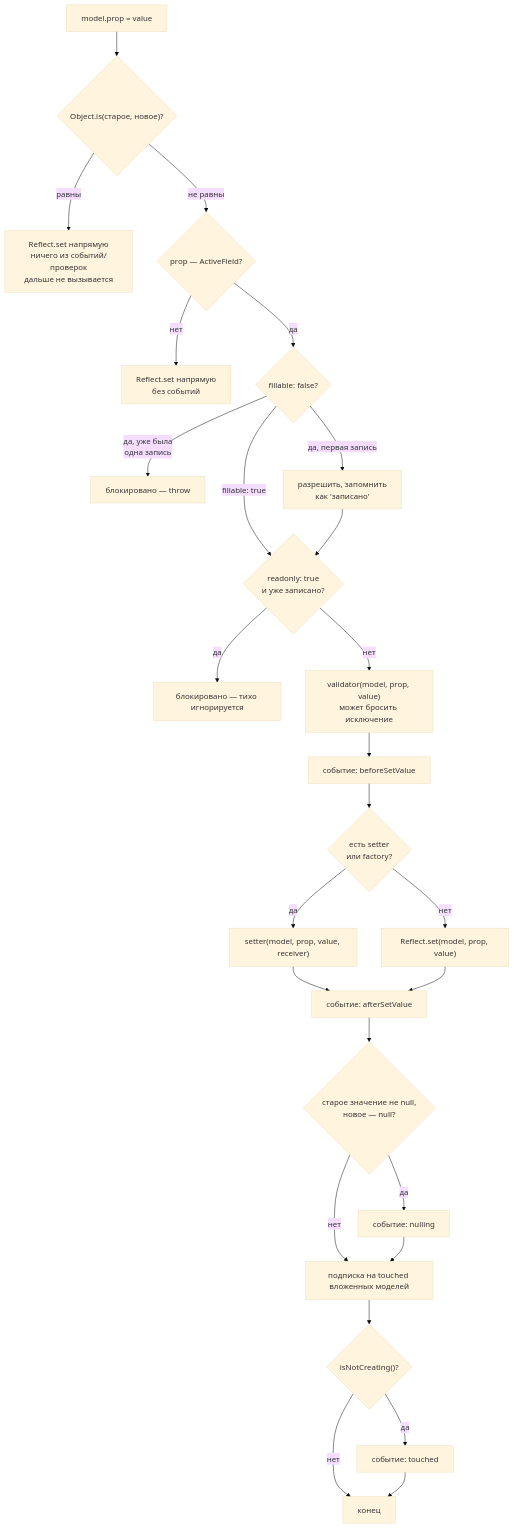
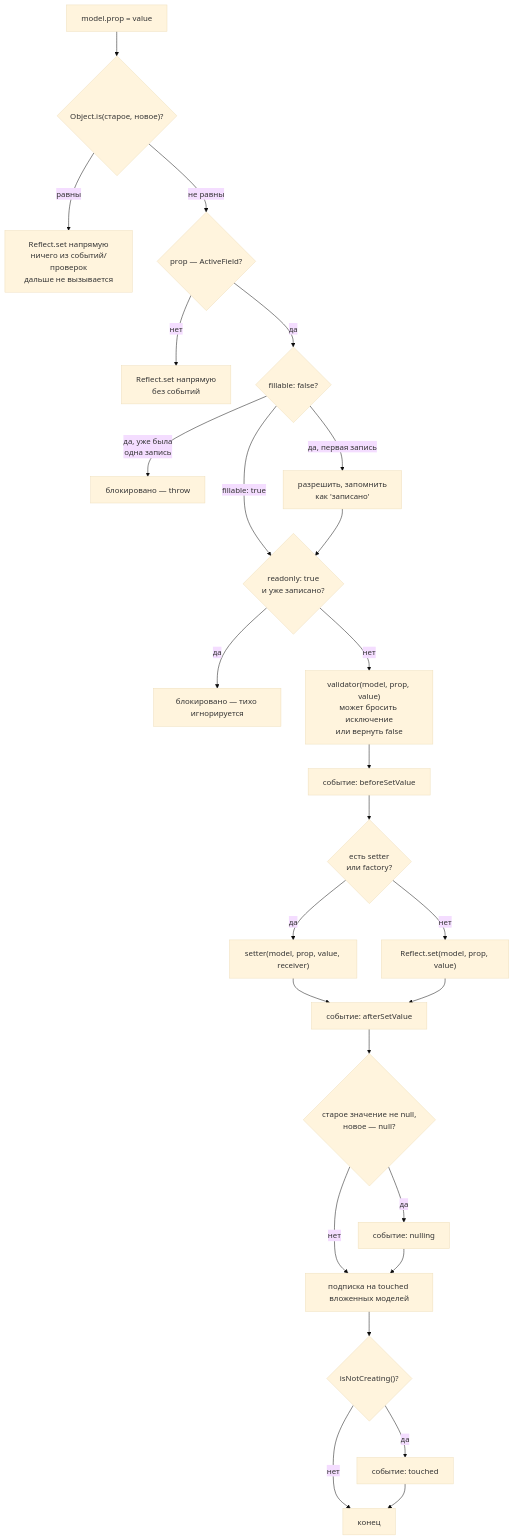
Before and after one commit to alt-point/active-models: the second of 3 diagrams in docs/model-lifecycle.md, drawn with Mermaid (base theme). The commit also changed 10 other files, not shown here.

First line of the commit message:
feat: let a field validator refuse a value by returning false

````diff
--- a/docs/model-lifecycle.md
+++ b/docs/model-lifecycle.md
@@ -56,28 +56,28 @@
 ```mermaid
 flowchart TD
     A["model.prop = value"] --> B{"Object.is(старое, новое)?"}
     B -- равны --> B1["Reflect.set напрямую\nничего из событий/проверок\nдальше не вызывается"]
     B -- не равны --> C{"prop — ActiveField?"}
     C -- нет --> C1["Reflect.set напрямую\nбез событий"]
     C -- да --> E{"fillable: false?"}
     E -- да, уже была\nодна запись --> E1["блокировано — throw"]
     E -- да, первая запись --> E2["разрешить, запомнить\nкак 'записано'"]
     E -- fillable: true --> F
     E2 --> F{"readonly: true\nи уже записано?"}
     F -- да --> F1["блокировано — тихо игнорируется"]
-    F -- нет --> G["validator(model, prop, value)\nможет бросить исключение"]
+    F -- нет --> G["validator(model, prop, value)\nможет бросить исключение\nили вернуть false"]
     G --> H["событие: beforeSetValue"]
     H --> I{"есть setter\nили factory?"}
     I -- да --> I1["setter(model, prop, value, receiver)"]
     I -- нет --> I2["Reflect.set(model, prop, value)"]
     I1 --> J["событие: afterSetValue"]
     I2 --> J
     J --> K{"старое значение не null,\nновое — null?"}
     K -- да --> K1["событие: nulling"]
     K -- нет --> M
     K1 --> M["подписка на touched вложенных моделей"]
     M --> N{"isNotCreating()?"}
     N -- да --> N1["событие: touched"]
     N -- нет --> L["конец"]
     N1 --> L
 ```
````
